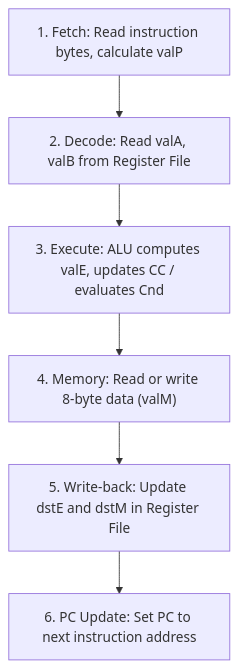
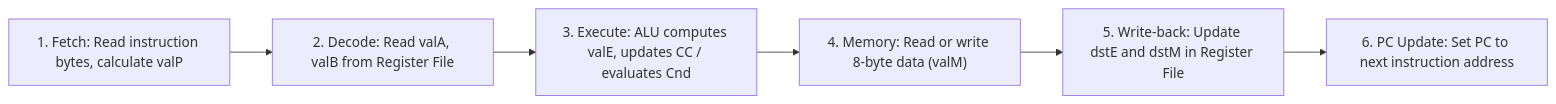
The fourth of 4 diagrams in Year 2/Semester 1/CS221 - Computer Architecture/Lectures/Y86_64.md (kuranne/CSTU40), drawn with Mermaid before and after one commit. The commit also changed other lines of this file and 7 other files, not shown here.

````diff
--- a/Year 2/Semester 1/CS221 - Computer Architecture/Lectures/Y86_64.md
+++ b/Year 2/Semester 1/CS221 - Computer Architecture/Lectures/Y86_64.md
@@ -239,8 +245,8 @@
 ```mermaid
-flowchart TD
+flowchart LR
     Fetch["1. Fetch: Read instruction bytes, calculate valP"] --> Decode["2. Decode: Read valA, valB from Register File"]
     Decode --> Execute["3. Execute: ALU computes valE, updates CC / evaluates Cnd"]
     Execute --> Memory["4. Memory: Read or write 8-byte data (valM)"]
     Memory --> WriteBack["5. Write-back: Update dstE and dstM in Register File"]
     WriteBack --> PCUpdate["6. PC Update: Set PC to next instruction address"]
 ```
````
